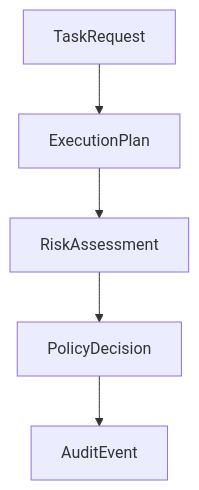
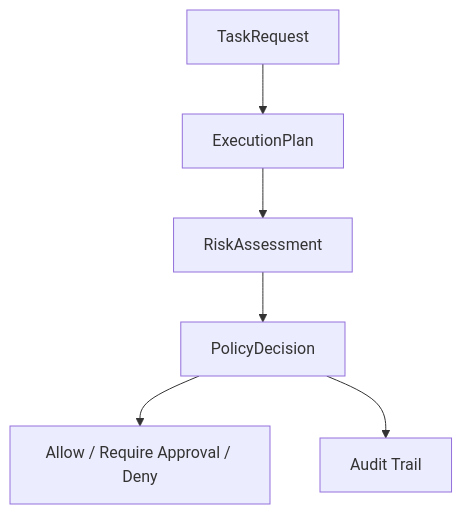
Before and after one commit to Ahasva/agent-control-core: the first of 4 diagrams in README.md, drawn with Mermaid. The commit also changed other lines of this file, not shown here.

````diff
--- a/README.md
+++ b/README.md
@@ -190,7 +193,8 @@
 ```mermaid
 flowchart TD
-    TaskRequest --> ExecutionPlan
-    ExecutionPlan --> RiskAssessment
-    RiskAssessment --> PolicyDecision
-    PolicyDecision --> AuditEvent
+    T[TaskRequest] --> P[ExecutionPlan]
+    P --> R[RiskAssessment]
+    R --> D[PolicyDecision]
+    D --> A[Allow / Require Approval / Deny]
+    D --> L[Audit Trail]
 ```
````
